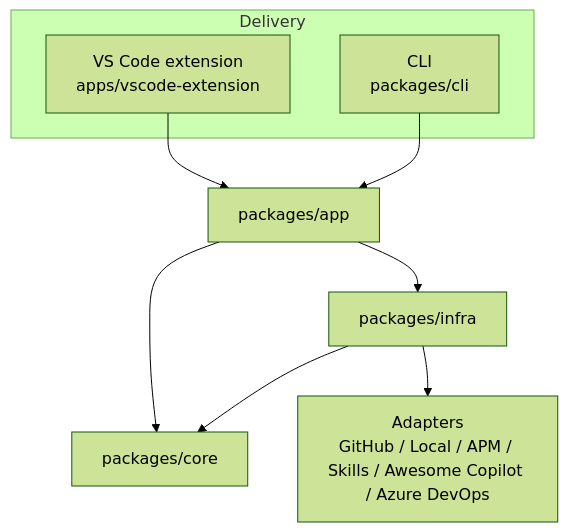
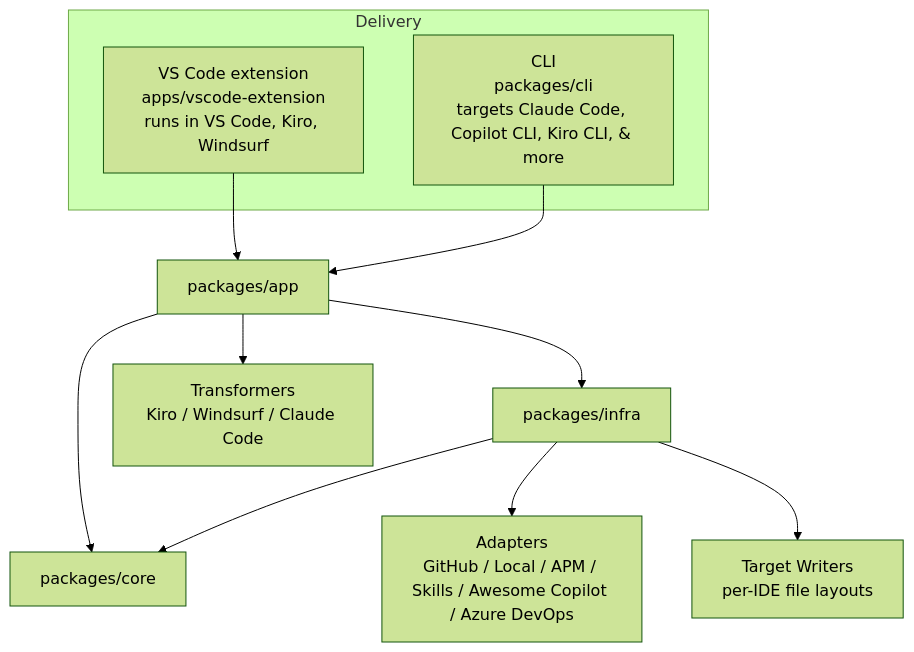
Before and after one commit to AmadeusITGroup/ai-primitives-hub: the diagram in README.md, drawn with Mermaid (forest theme). The commit also changed other lines of this file and 17 other files, not shown here.

First line of the commit message:
docs: add multi-IDE and CLI target coverage across all documentation

````diff
--- a/README.md
+++ b/README.md
@@ -64,13 +81,15 @@
 ```mermaid
 flowchart TD
     subgraph "Delivery"
-        VSC[VS Code extension<br/>apps/vscode-extension]
-        CLI[CLI<br/>packages/cli]
+        VSC[VS Code extension<br/>apps/vscode-extension<br/>runs in VS Code, Kiro, Windsurf]
+        CLI[CLI<br/>packages/cli<br/>targets Claude Code, Copilot CLI, Kiro CLI, & more]
     end
     VSC --> APP[packages/app]
     CLI --> APP
     APP --> CORE[packages/core]
     APP --> INF[packages/infra]
     INF --> CORE
     INF --> AD[Adapters<br/>GitHub / Local / APM / Skills / Awesome Copilot / Azure DevOps]
+    APP --> TFM[Transformers<br/>Kiro / Windsurf / Claude Code]
+    INF --> WRT[Target Writers<br/>per-IDE file layouts]
 ```
````
